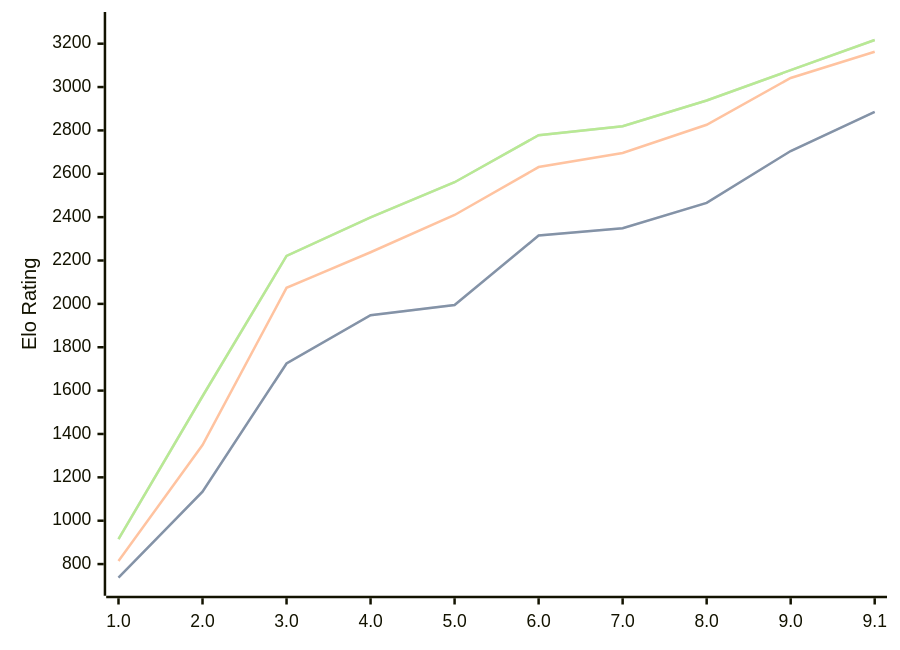
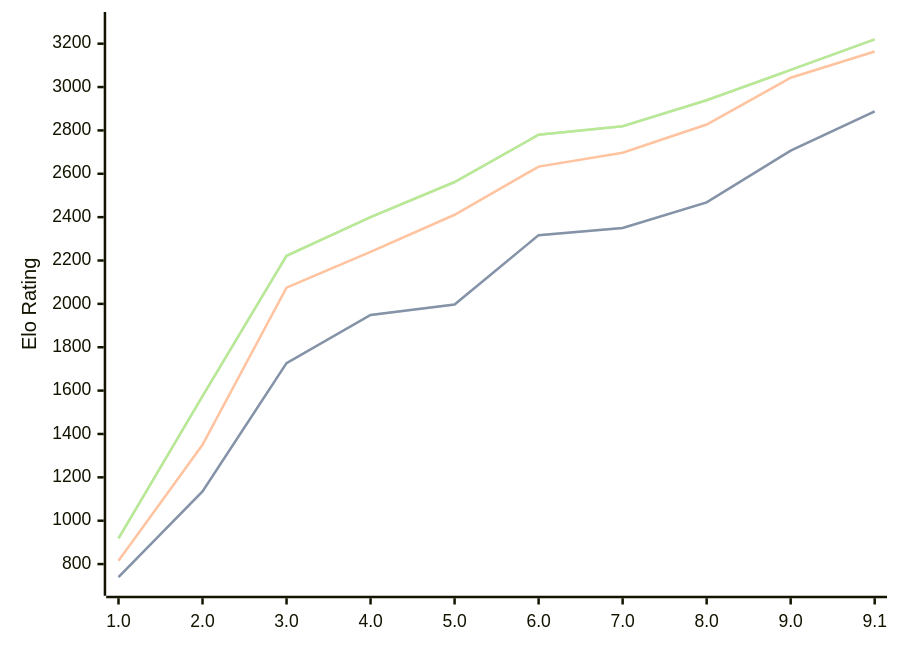
One commit to computer-chess-index/cci changed the diagram in engines/Pea.md. Above: the diagram before and after it, drawn with Mermaid. The commit also changed other lines of this file, not shown here.

Commit message:
Update CCI Ratings (ELO VLTC) - 2026-10-09

````diff
--- a/engines/Pea.md
+++ b/engines/Pea.md
@@ -40,11 +40,11 @@
 ```mermaid
 %%{init: {"theme":"base","themeVariables":{"seriesColors:['#a3a3a3','#222221','#faa371']}}}%%
 xychart-beta
   x-axis ["1.0", "2.0", "3.0", "4.0", "5.0", "6.0", "7.0", "8.0", "9.0", "9.1"]
   y-axis "Elo Rating" 700 --> 3300
-  line "" [737, 1134, 1725, 1948, 1995, 2315, 2349, 2466, 2705, 2886]
-  line "STC (8.0+0.08s)" [737, 1134, 1725, 1948, 1995, 2315, 2349, 2466, 2705, 2886]
-  line "LTC (60.0+0.60s)" [814, 1349, 2074, 2238, 2410, 2631, 2696, 2826, 3042, 3163]
-  line "" [915, 1574, 2221, 2399, 2561, 2778, 2819, 2938, 3078, 3217]
-  line "VLTC (2m24s+1.12s)" [915, 1574, 2221, 2399, 2561, 2778, 2819, 2938, 3078, 3217]
+  line "" [740, 1135, 1727, 1949, 1997, 2317, 2350, 2468, 2707, 2888]
+  line "STC (8.0+0.08s)" [740, 1135, 1727, 1949, 1997, 2317, 2350, 2468, 2707, 2888]
+  line "LTC (60.0+0.60s)" [815, 1350, 2075, 2240, 2411, 2633, 2697, 2827, 3043, 3164]
+  line "" [918, 1575, 2222, 2400, 2562, 2780, 2819, 2939, 3079, 3220]
+  line "VLTC (2m24s+1.12s)" [918, 1575, 2222, 2400, 2562, 2780, 2819, 2939, 3079, 3220]
 ```
````
